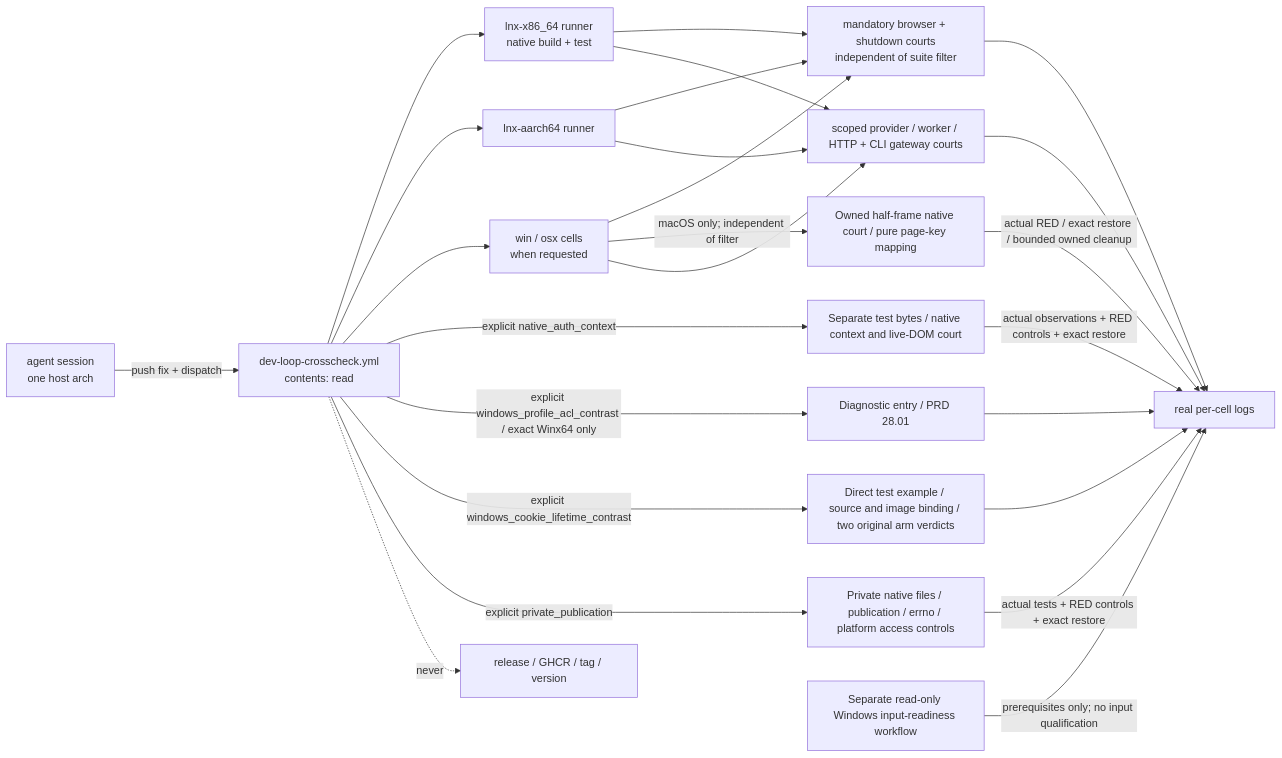
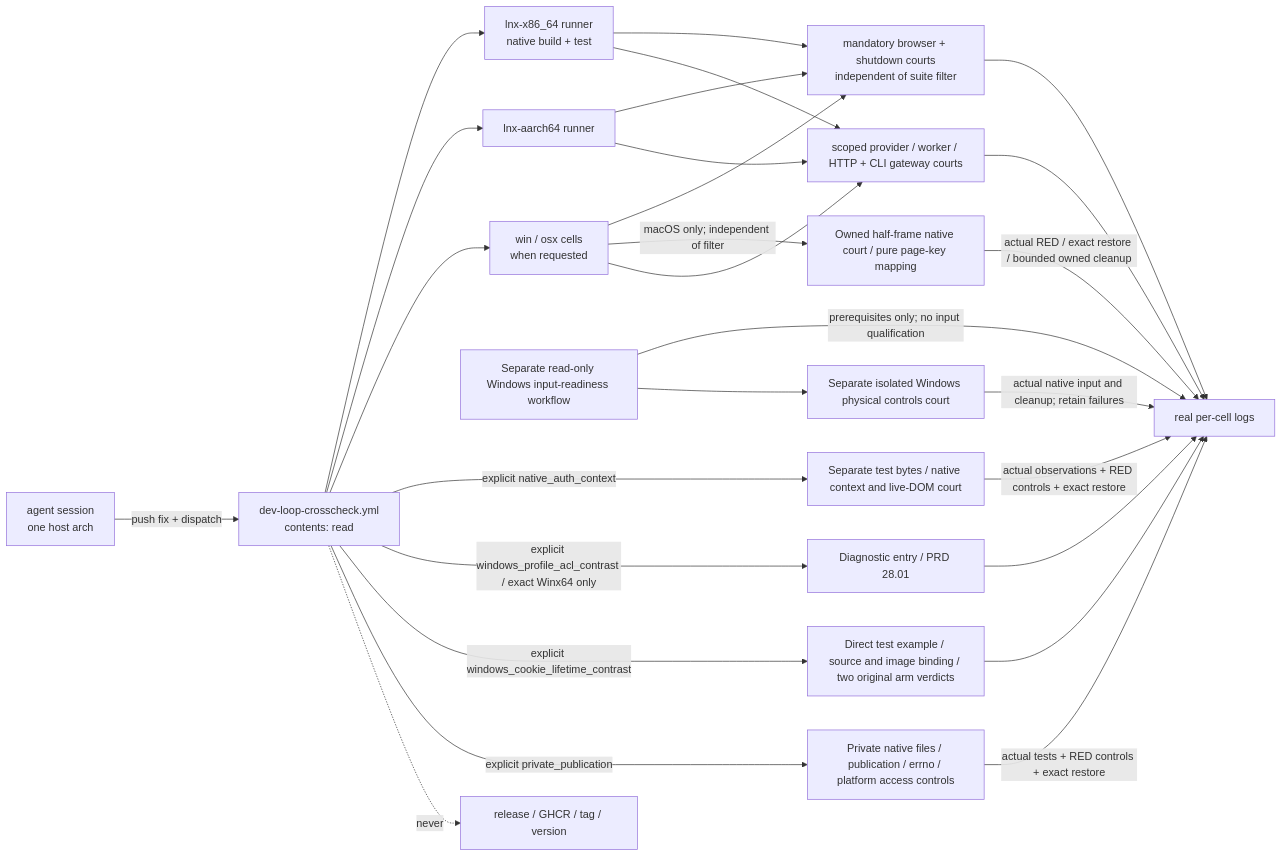
Before and after one commit to partnernetsoftware/minicon: the diagram in prd/PRD_02_32_dev_loop_crosscheck.md, drawn with Mermaid. The commit also changed other lines of this file and 4 other files, not shown here.

Commit message:
Add isolated Windows native controls court and audit storage replay

````diff
--- a/prd/PRD_02_32_dev_loop_crosscheck.md
+++ b/prd/PRD_02_32_dev_loop_crosscheck.md
@@ -63,23 +68,25 @@
 ```mermaid
 flowchart LR
     A["agent session<br/>one host arch"] -->|push fix + dispatch| W["dev-loop-crosscheck.yml<br/>contents: read"]
     W --> C1["lnx-x86_64 runner<br/>native build + test"]
     W --> C2["lnx-aarch64 runner"]
     W --> C3["win / osx cells<br/>when requested"]
     C1 & C2 & C3 --> M["mandatory browser + shutdown courts<br/>independent of suite filter"]
     M --> L["real per-cell logs"]
     C3 -->|macOS only; independent of filter| HALF[Owned half-frame native court / pure page-key mapping]
     HALF -->|actual RED / exact restore / bounded owned cleanup| L
     C1 & C2 & C3 --> G["scoped provider / worker / HTTP + CLI gateway courts"]
     G --> L
     W -->|explicit native_auth_context| T[Separate test bytes / native context and live-DOM court]
     T -->|actual observations + RED controls + exact restore| L
     W -->|explicit windows_profile_acl_contrast / exact Winx64 only| ACL[Diagnostic entry / PRD 28.01]
     ACL --> L
     W -->|explicit windows_cookie_lifetime_contrast| LC[Direct test example / source and image binding / two original arm verdicts]
     LC --> L
     W -->|explicit private_publication| PP[Private native files / publication / errno / platform access controls]
     PP -->|actual tests + RED controls + exact restore| L
     INPUT[Separate read-only Windows input-readiness workflow] -->|prerequisites only; no input qualification| L
+    INPUT --> NC[Separate isolated Windows physical controls court]
+    NC -->|actual native input and cleanup; retain failures| L
     W -. never .-> R["release / GHCR / tag / version"]
 ```
````
